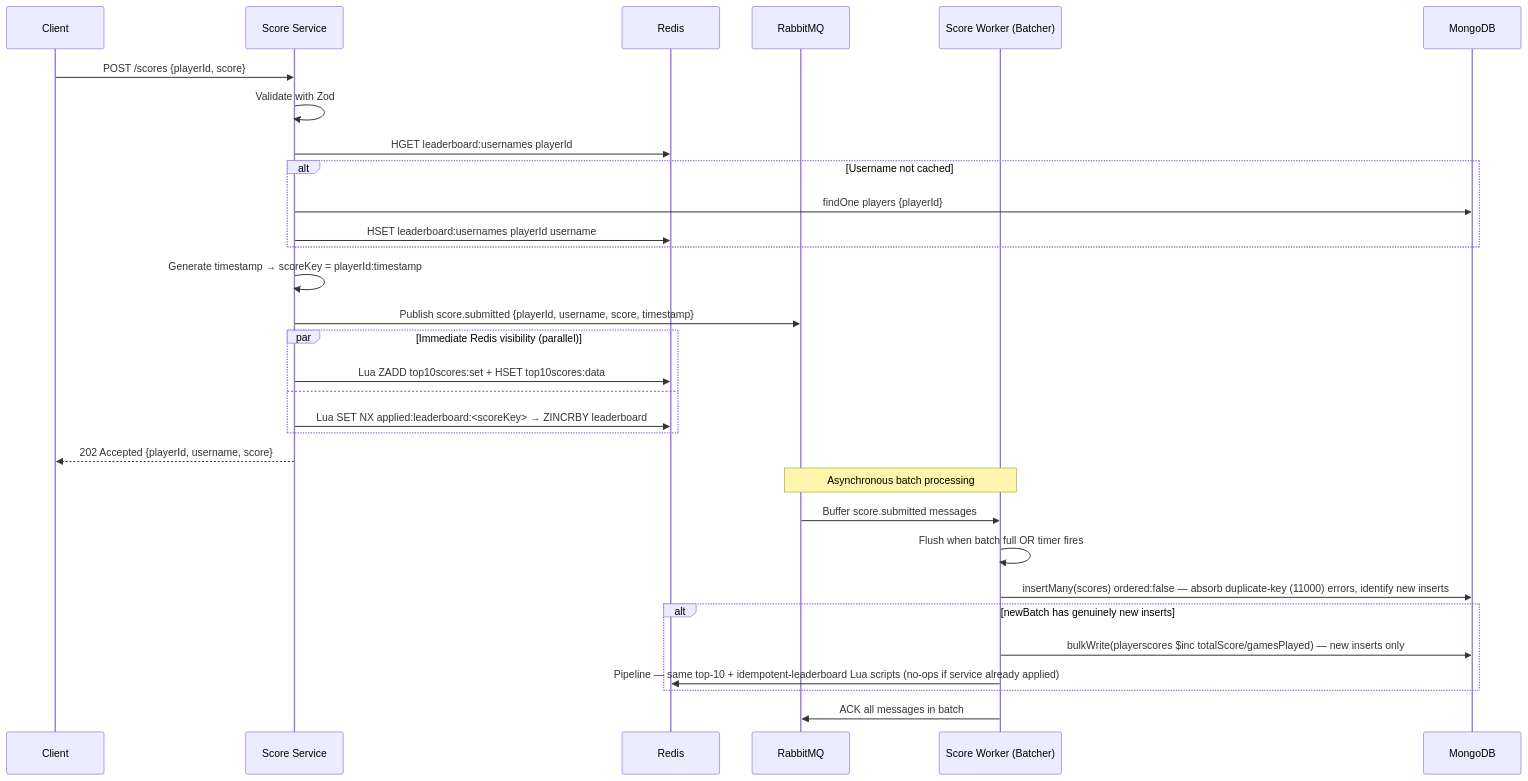
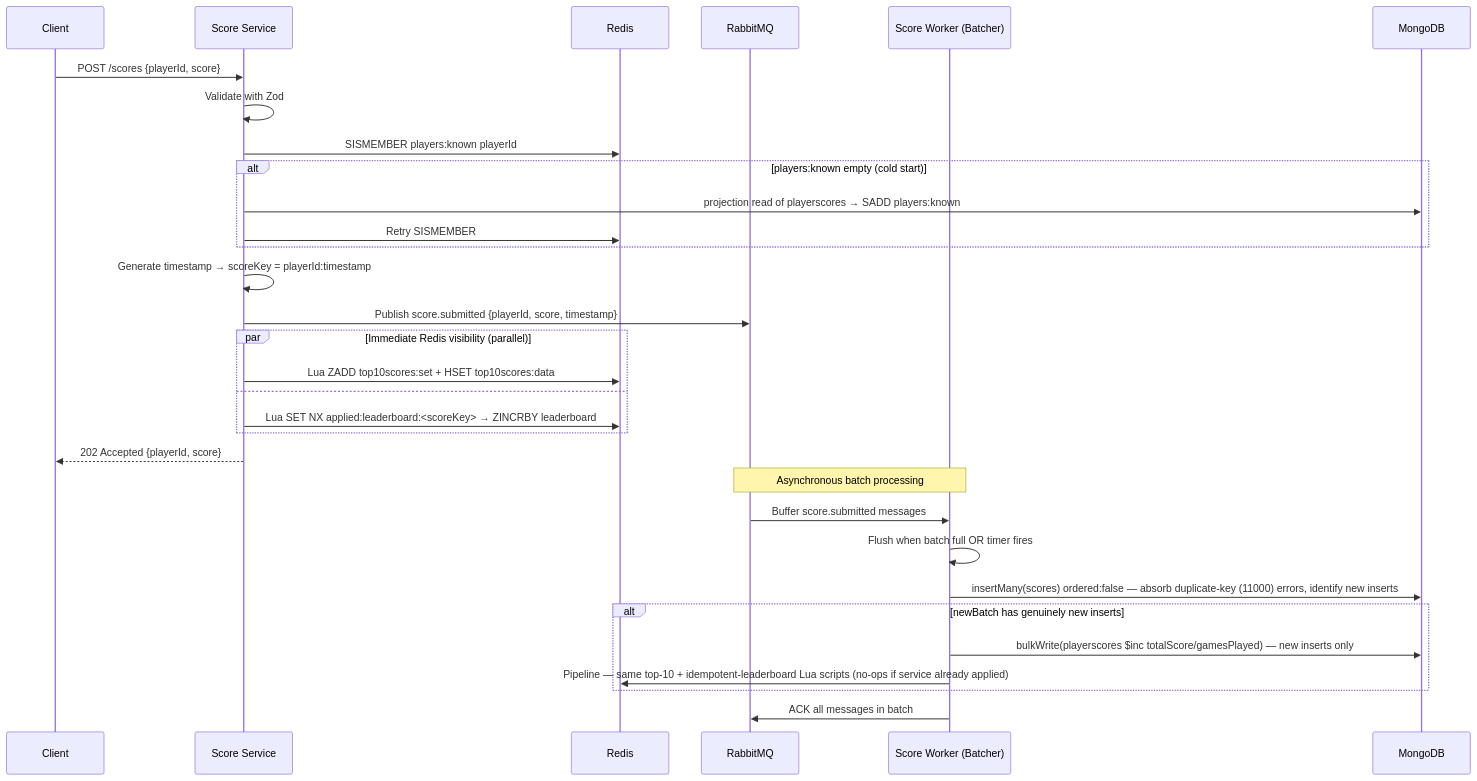
The second of 10 diagrams in docs/architecture.md (AmitOfir4/Whalo-Backend-Exam), drawn with Mermaid before and after one commit. The commit also changed other lines of this file and 18 other files, not shown here.

````diff
--- a/docs/architecture.md
+++ b/docs/architecture.md
@@ -63,36 +64,36 @@
 ```mermaid
 sequenceDiagram
     participant C as Client
     participant SS as Score Service
     participant Redis as Redis
     participant RMQ as RabbitMQ
     participant SW as Score Worker (Batcher)
     participant DB as MongoDB
 
     C->>SS: POST /scores {playerId, score}
     SS->>SS: Validate with Zod
-    SS->>Redis: HGET leaderboard:usernames playerId
-    alt Username not cached
-        SS->>DB: findOne players {playerId}
-        SS->>Redis: HSET leaderboard:usernames playerId username
+    SS->>Redis: SISMEMBER players:known playerId
+    alt players:known empty (cold start)
+        SS->>DB: projection read of playerscores → SADD players:known
+        SS->>Redis: Retry SISMEMBER
     end
     SS->>SS: Generate timestamp → scoreKey = playerId:timestamp
-    SS->>RMQ: Publish score.submitted {playerId, username, score, timestamp}
+    SS->>RMQ: Publish score.submitted {playerId, score, timestamp}
     par Immediate Redis visibility (parallel)
         SS->>Redis: Lua ZADD top10scores:set + HSET top10scores:data
     and
         SS->>Redis: Lua SET NX applied:leaderboard:<scoreKey> → ZINCRBY leaderboard
     end
-    SS-->>C: 202 Accepted {playerId, username, score}
+    SS-->>C: 202 Accepted {playerId, score}
 
     Note over RMQ,SW: Asynchronous batch processing
 
     RMQ->>SW: Buffer score.submitted messages
     SW->>SW: Flush when batch full OR timer fires
     SW->>DB: insertMany(scores) ordered:false — absorb duplicate-key (11000) errors, identify new inserts
     alt newBatch has genuinely new inserts
         SW->>DB: bulkWrite(playerscores $inc totalScore/gamesPlayed) — new inserts only
         SW->>Redis: Pipeline — same top-10 + idempotent-leaderboard Lua scripts (no-ops if service already applied)
     end
     SW->>RMQ: ACK all messages in batch
 ```
````
